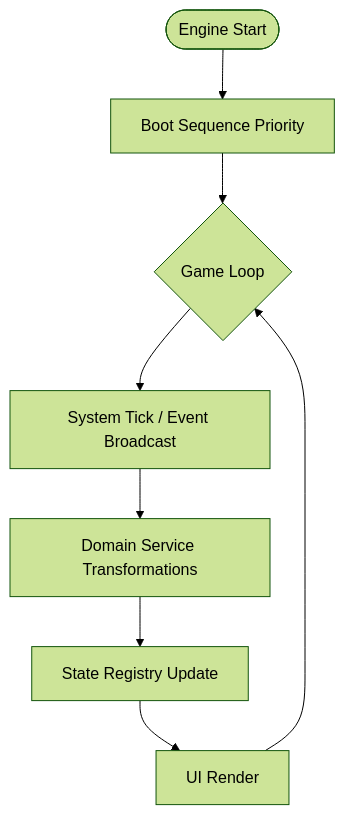
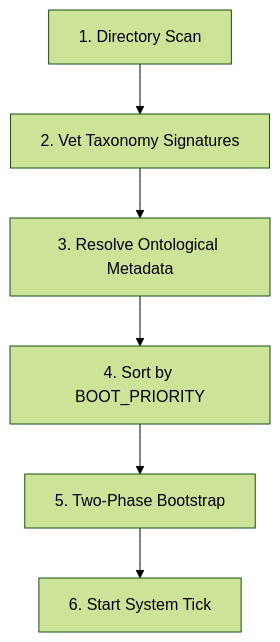
Before and after one commit to mnaatjes/oregon-trail-clone: the first of 4 diagrams in docs/design/engine_orchestration.md, drawn with Mermaid (forest theme). The commit also changed other lines of this file and 7 other files, not shown here.

````diff
--- a/docs/design/engine_orchestration.md
+++ b/docs/design/engine_orchestration.md
@@ -10,10 +10,8 @@
 ```mermaid
 flowchart TD
-    Start([Engine Start]) --> Boot[Boot Sequence Priority]
-    Boot --> Loop{Game Loop}
-    Loop --> Tick[System Tick / Event Broadcast]
-    Tick --> Logic[Domain Service Transformations]
-    Logic --> Update[State Registry Update]
-    Update --> View[UI Render]
-    View --> Loop
+    Scan[1. Directory Scan] --> Taxonomy[2. Vet Taxonomy Signatures]
+    Taxonomy --> Ontology[3. Resolve Ontological Metadata]
+    Ontology --> Sort[4. Sort by BOOT_PRIORITY]
+    Sort --> Bootstrap[5. Two-Phase Bootstrap]
+    Bootstrap --> Heartbeat[6. Start System Tick]
 ```
````
